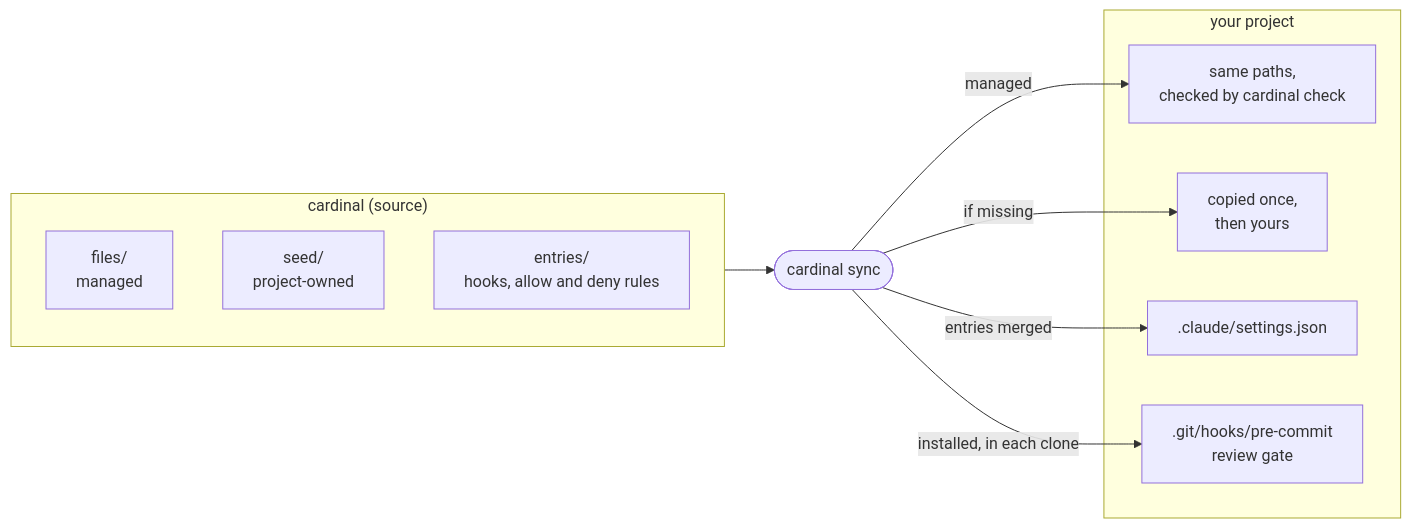
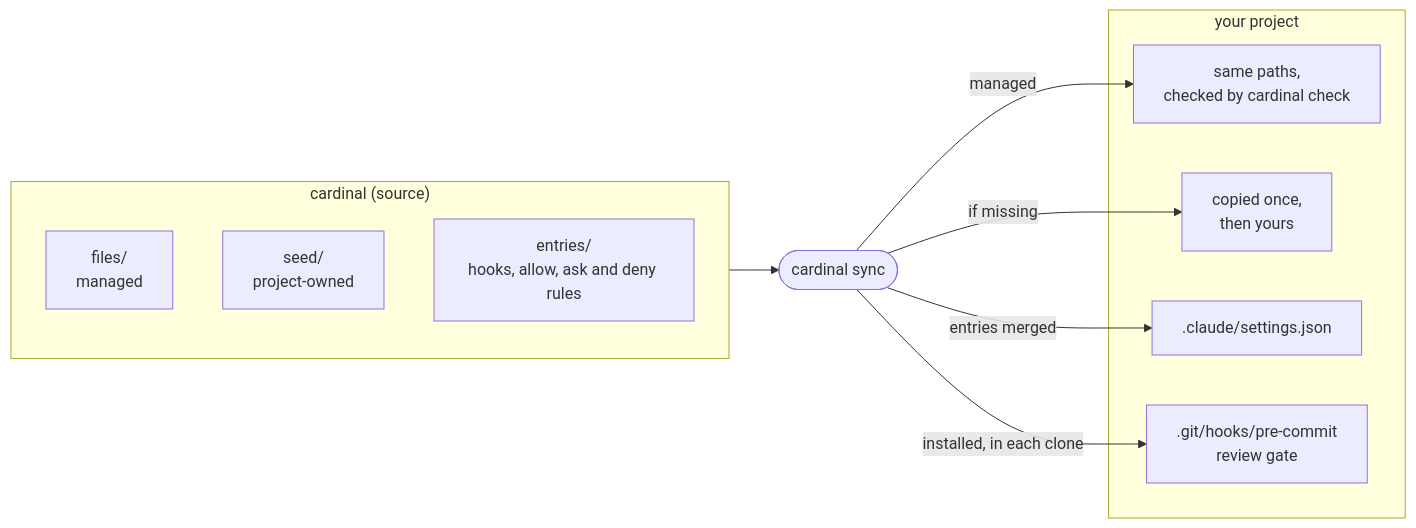
Before and after one commit to Electron-libre/cardinal: the first of 2 diagrams in README.md, drawn with Mermaid. The commit also changed 17 other files, not shown here.

````diff
--- a/README.md
+++ b/README.md
@@ -22,20 +22,20 @@
 ```mermaid
 flowchart LR
   subgraph source["cardinal (source)"]
     files["files/<br/>managed"]
     seed["seed/<br/>project-owned"]
-    entries["entries/<br/>hooks, allow and deny rules"]
+    entries["entries/<br/>hooks, allow, ask and deny rules"]
   end
   sync(["cardinal sync"])
   subgraph project["your project"]
     copies["same paths,<br/>checked by cardinal check"]
     owned["copied once,<br/>then yours"]
     settings[".claude/settings.json"]
     gate[".git/hooks/pre-commit<br/>review gate"]
   end
   source --> sync
   sync -->|managed| copies
   sync -->|if missing| owned
   sync -->|entries merged| settings
   sync -->|"installed, in each clone"| gate
 ```
````
